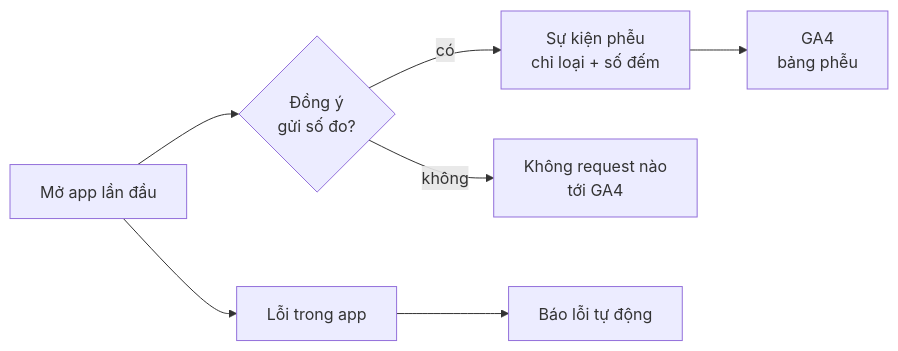
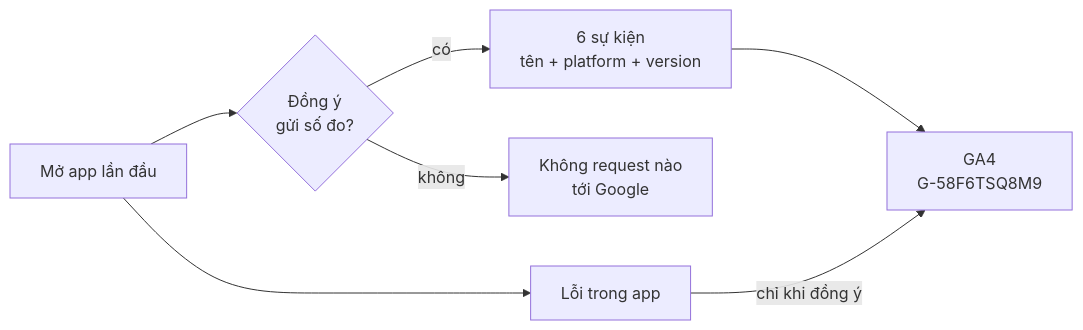
Before and after one commit to nvminhtu/niche-radar-docs: the diagram in docs/web/phase-29-analytics-errors.md, drawn with Mermaid. The commit also changed other lines of this file and 26 other files, not shown here.

````diff
--- a/docs/web/phase-29-analytics-errors.md
+++ b/docs/web/phase-29-analytics-errors.md
@@ -10,8 +10,8 @@
 ```mermaid
 flowchart LR
   O[Mở app lần đầu] --> C{Đồng ý<br/>gửi số đo?}
-  C -- có --> E[Sự kiện phễu<br/>chỉ loại + số đếm]
-  E --> GA[GA4<br/>bảng phễu]
-  C -- không --> N[Không request nào<br/>tới GA4]
-  O --> ER[Lỗi trong app] --> RP[Báo lỗi tự động]
+  C -- có --> E[6 sự kiện<br/>tên + platform + version]
+  E --> GA[GA4<br/>G-58F6TSQ8M9]
+  C -- không --> N[Không request nào<br/>tới Google]
+  O --> ER[Lỗi trong app] -->|chỉ khi đồng ý| GA
 ```
````
